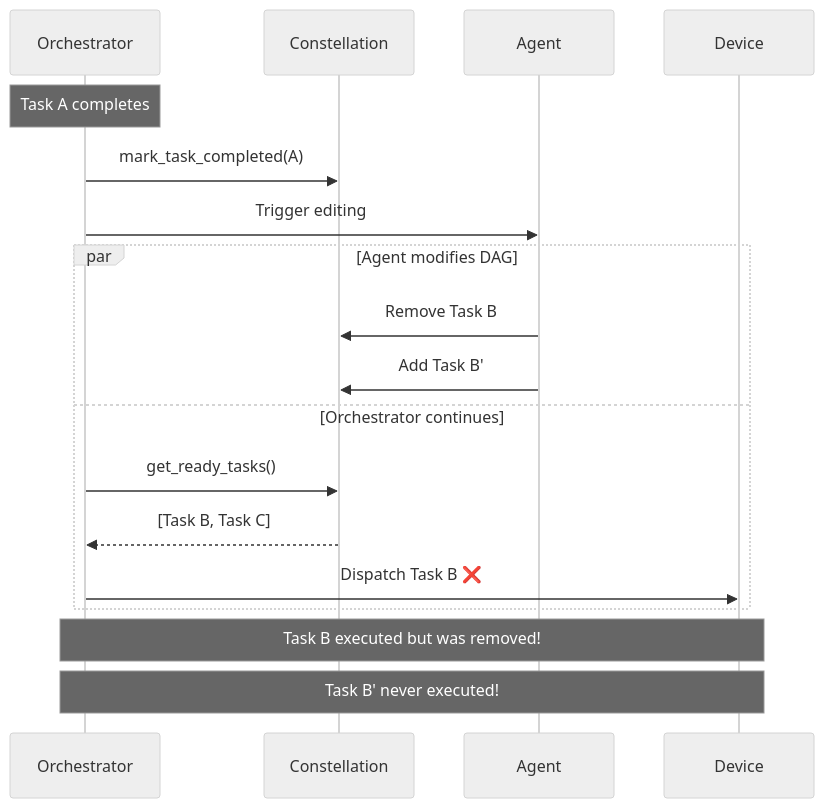
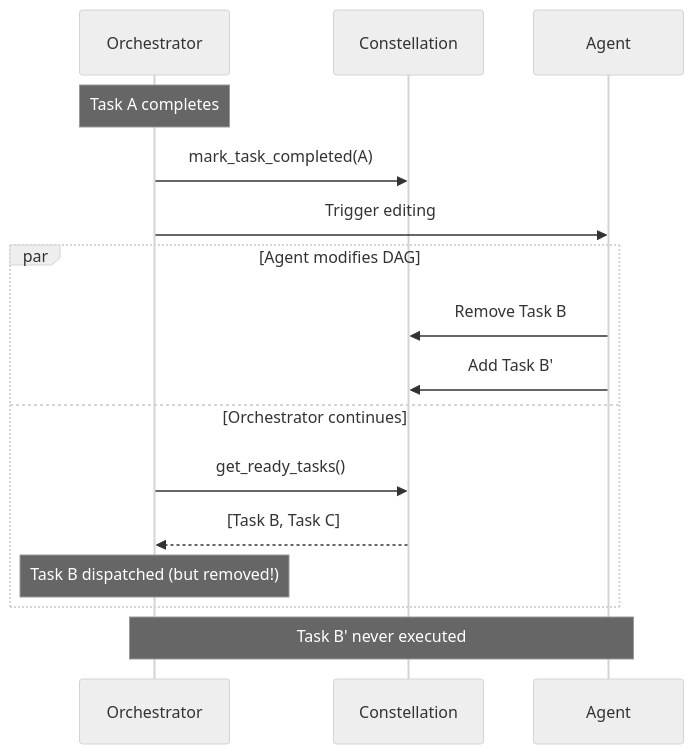
Before and after one commit to microsoft/UFO: the first of 2 diagrams in documents/docs/galaxy/constellation_orchestrator/safe_assignment_locking.md, drawn with Mermaid (neutral theme). The commit also changed other lines of this file and 13 other files, not shown here.

````diff
--- a/documents/docs/galaxy/constellation_orchestrator/safe_assignment_locking.md
+++ b/documents/docs/galaxy/constellation_orchestrator/safe_assignment_locking.md
@@ -21,23 +23,21 @@
 ```mermaid
 sequenceDiagram
     participant O as Orchestrator
     participant C as Constellation
     participant A as Agent
-    participant D as Device
     
     Note over O: Task A completes
     O->>C: mark_task_completed(A)
     O->>A: Trigger editing
     
     par Agent modifies DAG
         A->>C: Remove Task B
         A->>C: Add Task B'
     and Orchestrator continues
         O->>C: get_ready_tasks()
         C-->>O: [Task B, Task C]
-        O->>D: Dispatch Task B ❌
+        Note over O: Task B dispatched (but removed!)
     end
     
-    Note over O,D: Task B executed but was removed!
-    Note over O,D: Task B' never executed!
+    Note over O,A: Task B' never executed
 ```
````
